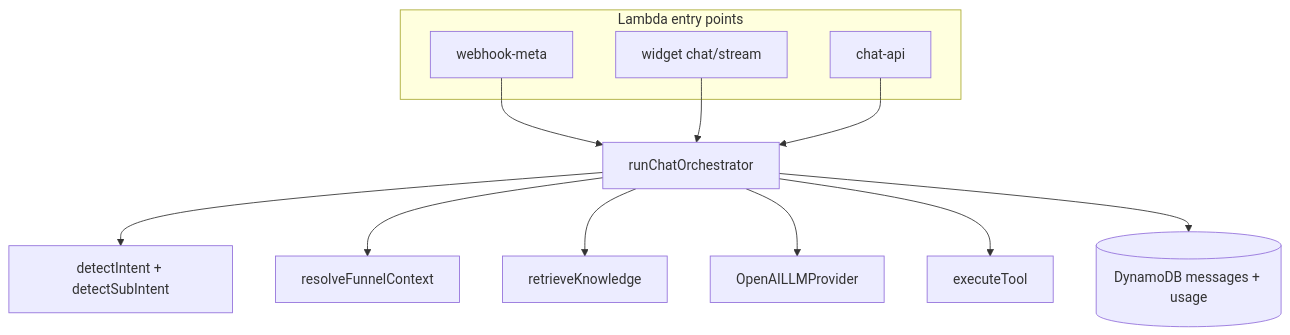
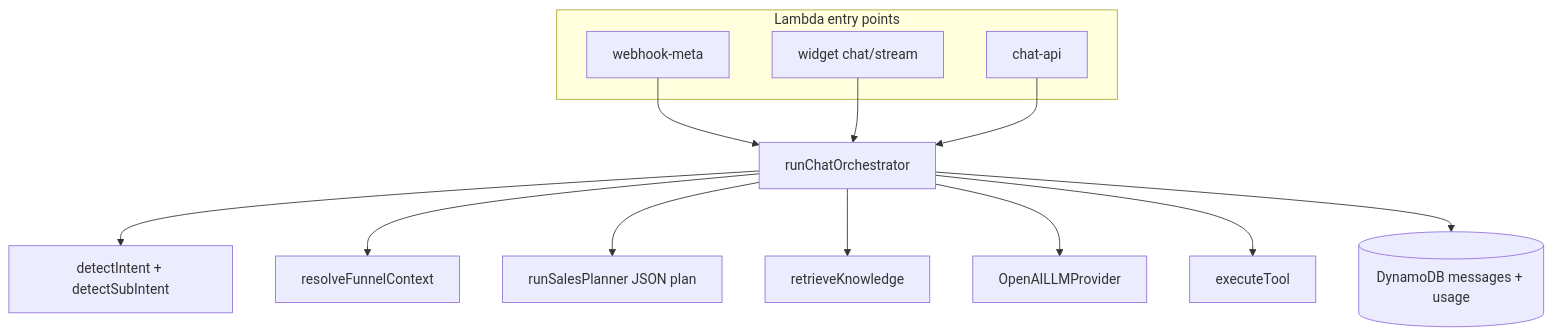
Before and after one commit to manikya/chat-bot: the diagram in docs/implementation/06-api-implementation-status.md, drawn with Mermaid. The commit also changed other lines of this file and 2 other files, not shown here.

Commit message:
Document sales planner architecture

````diff
--- a/docs/implementation/06-api-implementation-status.md
+++ b/docs/implementation/06-api-implementation-status.md
@@ -71,16 +73,17 @@
 ```mermaid
 flowchart TB
   subgraph handlers [Lambda entry points]
     WH[webhook-meta]
     W[widget chat/stream]
     C[chat-api]
   end
   ORCH[runChatOrchestrator]
   WH & W & C --> ORCH
   ORCH --> INTENT[detectIntent + detectSubIntent]
   ORCH --> FUNNEL[resolveFunnelContext]
+  ORCH --> PLAN[runSalesPlanner JSON plan]
   ORCH --> RAG[retrieveKnowledge]
   ORCH --> LLM[OpenAILLMProvider]
   ORCH --> TOOLS[executeTool]
   ORCH --> DDB[(DynamoDB messages + usage)]
 ```
````
